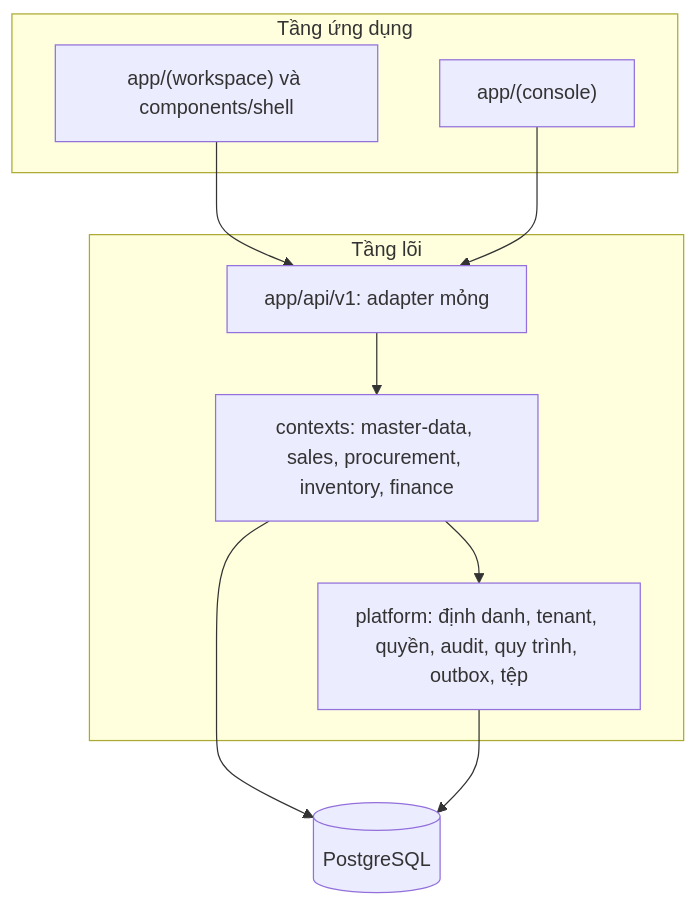
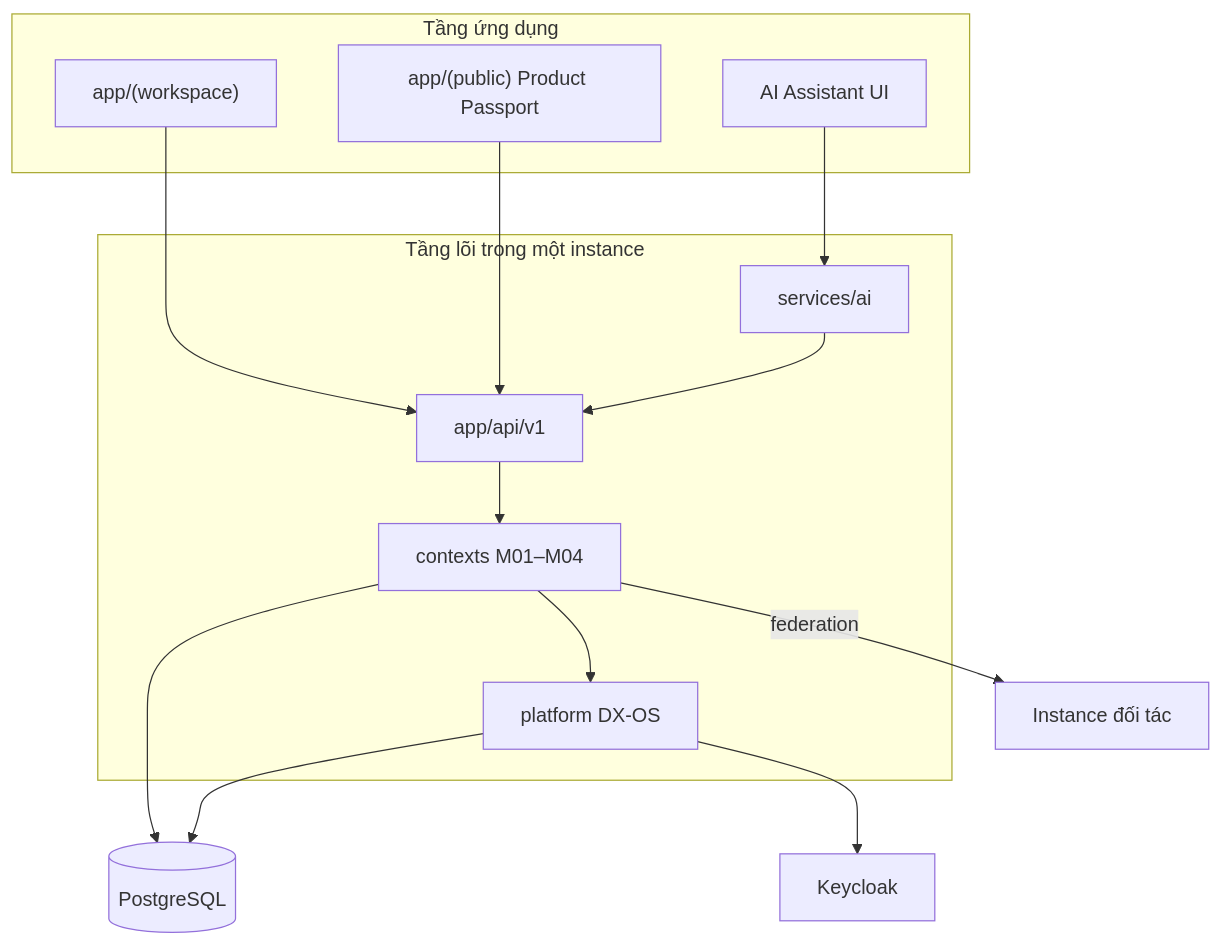
Before and after one commit to Olympic-2025-NEU/TraceFlow: the diagram in ARCHITECTURE.md, drawn with Mermaid. The commit also changed other lines of this file and 24 other files, not shown here.

Commit message:
Enhance documentation in AGENTS.md and ARCHITECTURE.md; add detailed instructions for Nexora agent development, MVP modules, and tech stack overview in README.md.

````diff
--- a/ARCHITECTURE.md
+++ b/ARCHITECTURE.md
@@ -33,19 +9,27 @@
 ```mermaid
 flowchart TB
   subgraph t2 ["Tầng ứng dụng"]
-    UI["app/(workspace) và components/shell"]
-    Console["app/(console)"]
+    UI["app/(workspace)"]
+    Public["app/(public) Product Passport"]
+    AIUI["AI Assistant UI"]
   end
-  subgraph t1 ["Tầng lõi"]
-    API["app/api/v1: adapter mỏng"]
-    Platform["platform: định danh, tenant, quyền, audit, quy trình, outbox, tệp"]
-    CTX["contexts: master-data, sales, procurement, inventory, finance"]
+  subgraph t1 ["Tầng lõi trong một instance"]
+    API["app/api/v1"]
+    Platform["platform DX-OS"]
+    CTX["contexts M01–M04"]
+    AI["services/ai"]
   end
   PG[("PostgreSQL")]
+  KC["Keycloak"]
+  EXT["Instance đối tác"]
   UI --> API
-  Console --> API
+  Public --> API
+  AIUI --> AI
+  AI --> API
   API --> CTX
   CTX --> Platform
   CTX --> PG
   Platform --> PG
+  Platform --> KC
+  CTX -->|"federation"| EXT
 ```
````
